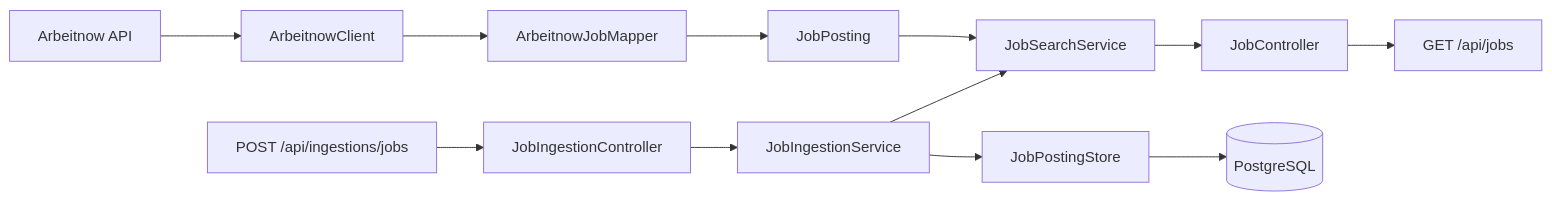
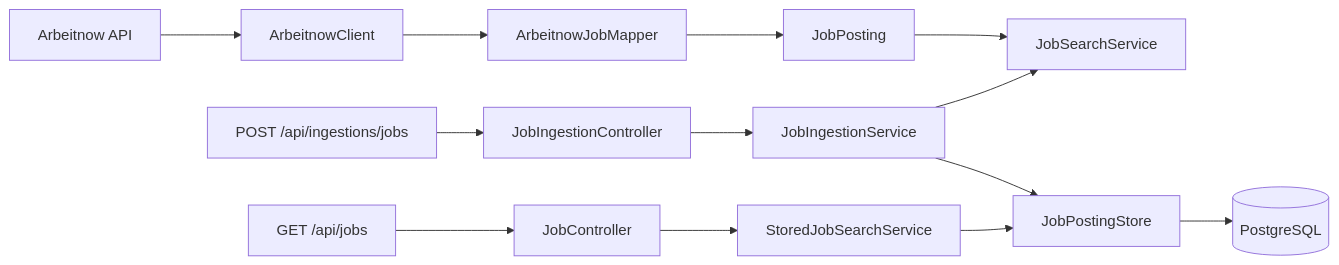
One commit to saveriobutright/JobRadar changed the diagram in README.md. Above: the diagram before and after it, drawn with Mermaid. The commit also changed other lines of this file and 12 other files, not shown here.

Commit message:
Add persistent job search API (#2)

````diff
--- a/README.md
+++ b/README.md
@@ -31,16 +34,18 @@
 ```mermaid
 flowchart LR
     A[Arbeitnow API] --> B[ArbeitnowClient]
     B --> C[ArbeitnowJobMapper]
     C --> D[JobPosting]
     D --> E[JobSearchService]
 
-    E --> F[JobController]
-    F --> G["GET /api/jobs"]
+    F["POST /api/ingestions/jobs"] --> G[JobIngestionController]
+    G --> H[JobIngestionService]
+    H --> E
+    H --> I[JobPostingStore]
 
-    H["POST /api/ingestions/jobs"] --> I[JobIngestionController]
-    I --> J[JobIngestionService]
-    J --> E
-    J --> K[JobPostingStore]
-    K --> L[(PostgreSQL)]
+    J["GET /api/jobs"] --> K[JobController]
+    K --> L[StoredJobSearchService]
+    L --> I
+
+    I --> M[(PostgreSQL)]
 ```
````
